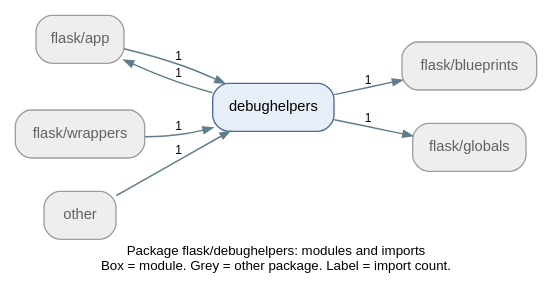
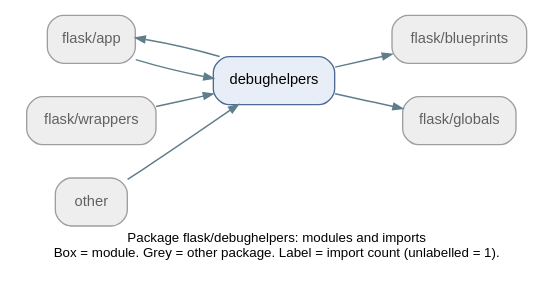
One commit to Icoder05/buglens changed the diagram in onboarding/pallets__flask/diagrams/packages/flask_debughelpers.dot. Above: the diagram before and after it, drawn with Graphviz. The commit also changed 70 other files, not shown here.

```diff
--- a/onboarding/pallets__flask/diagrams/packages/flask_debughelpers.dot
+++ b/onboarding/pallets__flask/diagrams/packages/flask_debughelpers.dot
@@ -1,18 +1,18 @@
 digraph package {
 	fontname=Helvetica fontsize=10 label="Package flask/debughelpers: modules and imports
-Box = module. Grey = other package. Label = import count." labelloc=b nodesep=0.35 rankdir=LR ranksep=0.6
+Box = module. Grey = other package. Label = import count (unlabelled = 1)." labelloc=b nodesep=0.35 rankdir=LR ranksep=0.6
 	node [color="#4c6a92" fillcolor="#e8eef7" fontname=Helvetica fontsize=11 shape=box style="rounded,filled"]
 	edge [arrowsize=0.7 color="#607d8b" fontname=Helvetica fontsize=9]
 	n0 [label="flask/app" color="#9e9e9e" fillcolor="#eeeeee" fontcolor="#616161" tooltip="ext::flask/app"]
 	n1 [label="flask/blueprints" color="#9e9e9e" fillcolor="#eeeeee" fontcolor="#616161" tooltip="ext::flask/blueprints"]
 	n2 [label="flask/globals" color="#9e9e9e" fillcolor="#eeeeee" fontcolor="#616161" tooltip="ext::flask/globals"]
 	n3 [label="flask/wrappers" color="#9e9e9e" fillcolor="#eeeeee" fontcolor="#616161" tooltip="ext::flask/wrappers"]
 	n4 [label=other color="#9e9e9e" fillcolor="#eeeeee" fontcolor="#616161" tooltip="ext::other"]
 	n5 [label=debughelpers tooltip="flask.debughelpers"]
-	n0 -> n5 [label=1 penwidth=1.1]
-	n3 -> n5 [label=1 penwidth=1.1]
-	n4 -> n5 [label=1 penwidth=1.1]
-	n5 -> n0 [label=1 penwidth=1.1]
-	n5 -> n1 [label=1 penwidth=1.1]
-	n5 -> n2 [label=1 penwidth=1.1]
+	n0 -> n5 [penwidth=1.1]
+	n3 -> n5 [penwidth=1.1]
+	n4 -> n5 [penwidth=1.1]
+	n5 -> n0 [penwidth=1.1]
+	n5 -> n1 [penwidth=1.1]
+	n5 -> n2 [penwidth=1.1]
 }
```
